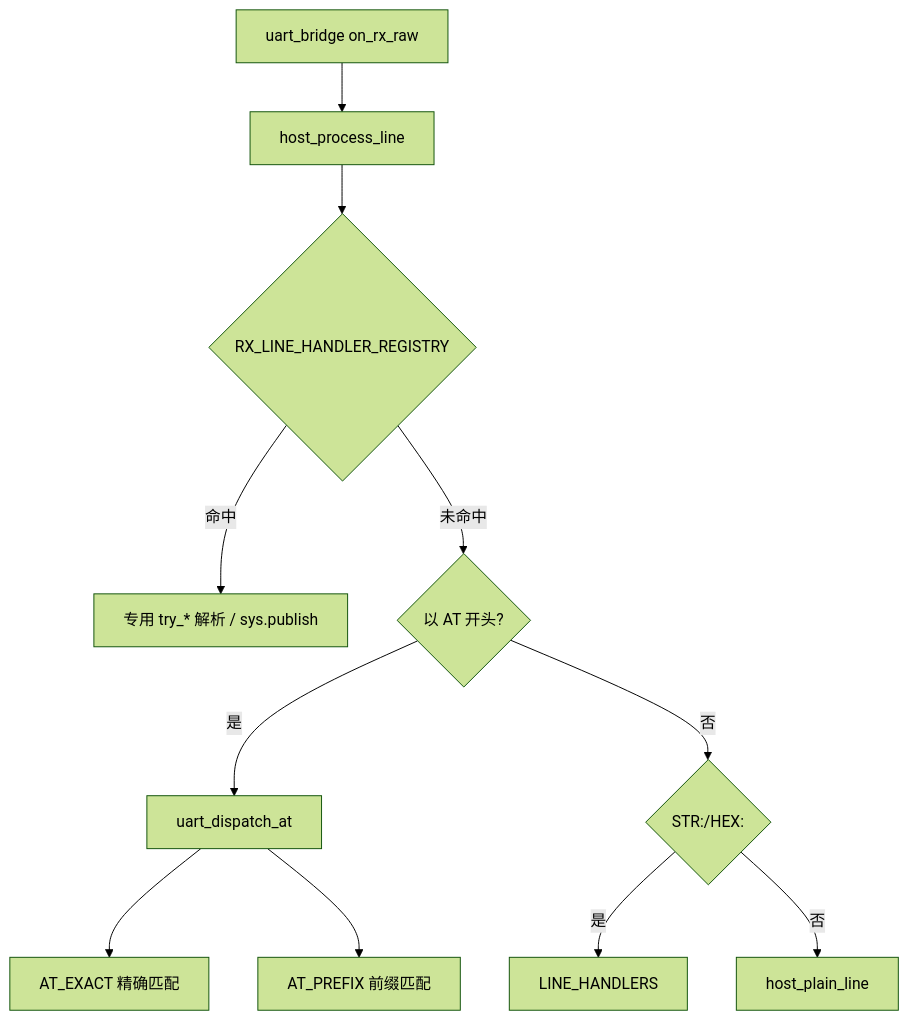
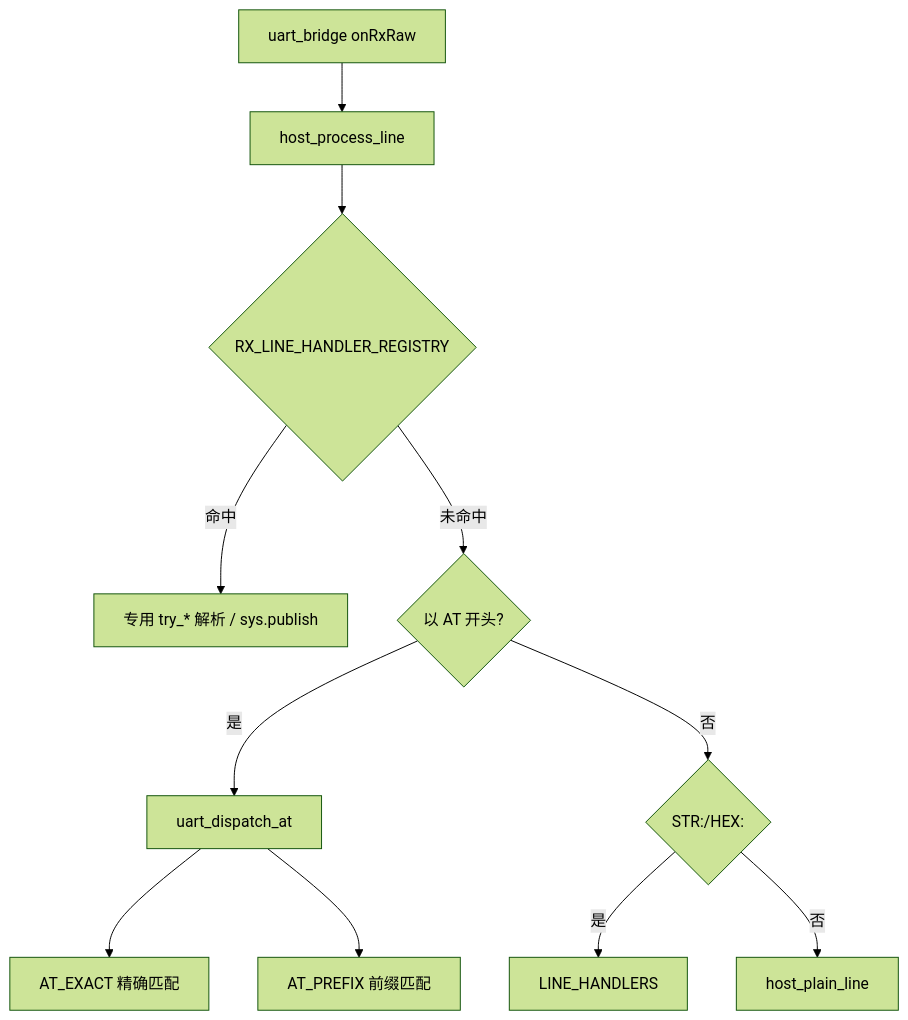
One commit to dzr1986/AIR780EHM changed the diagram in doc/modules/HOST_UART_AT_DISPATCH.md. Above: the diagram before and after it, drawn with Mermaid (forest theme). The commit also changed other lines of this file and 84 other files, not shown here.

````diff
--- a/doc/modules/HOST_UART_AT_DISPATCH.md
+++ b/doc/modules/HOST_UART_AT_DISPATCH.md
@@ -10,13 +48,13 @@
 ```mermaid
 flowchart TD
-    RX[uart_bridge on_rx_raw] --> PROC[host_process_line]
+    RX[uart_bridge onRxRaw] --> PROC[host_process_line]
     PROC --> TRY{RX_LINE_HANDLER_REGISTRY}
     TRY -->|命中| ACK[专用 try_* 解析 / sys.publish]
     TRY -->|未命中| AT{以 AT 开头?}
     AT -->|是| DISPATCH[uart_dispatch_at]
     AT -->|否| STR{STR:/HEX:}
     STR -->|是| LINE[LINE_HANDLERS]
     STR -->|否| PLAIN[host_plain_line]
     DISPATCH --> EXACT[AT_EXACT 精确匹配]
     DISPATCH --> PREFIX[AT_PREFIX 前缀匹配]
 ```
````
